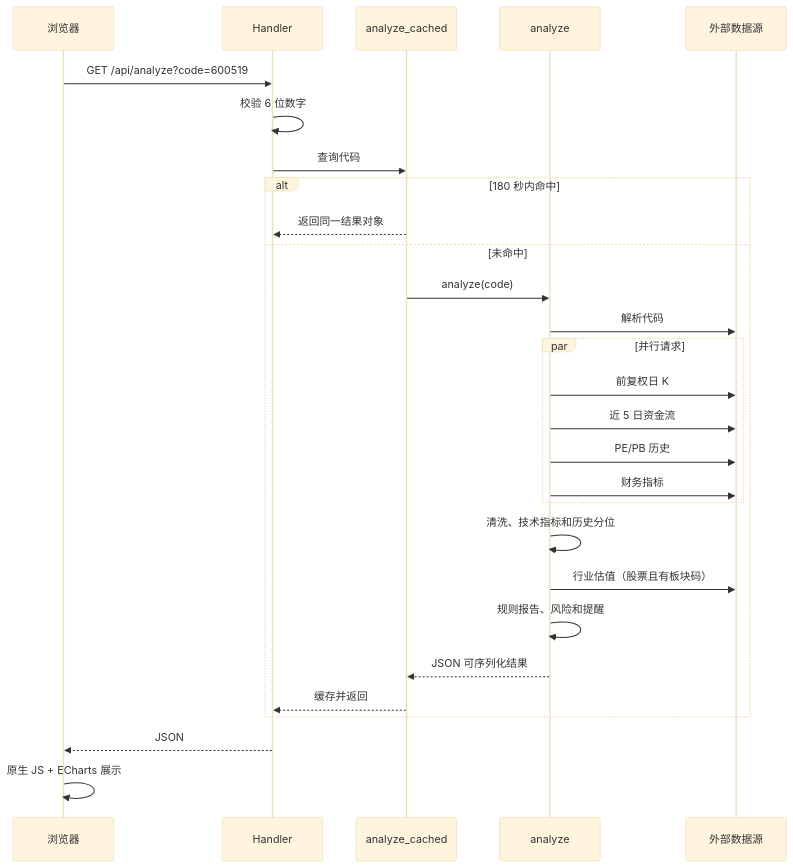
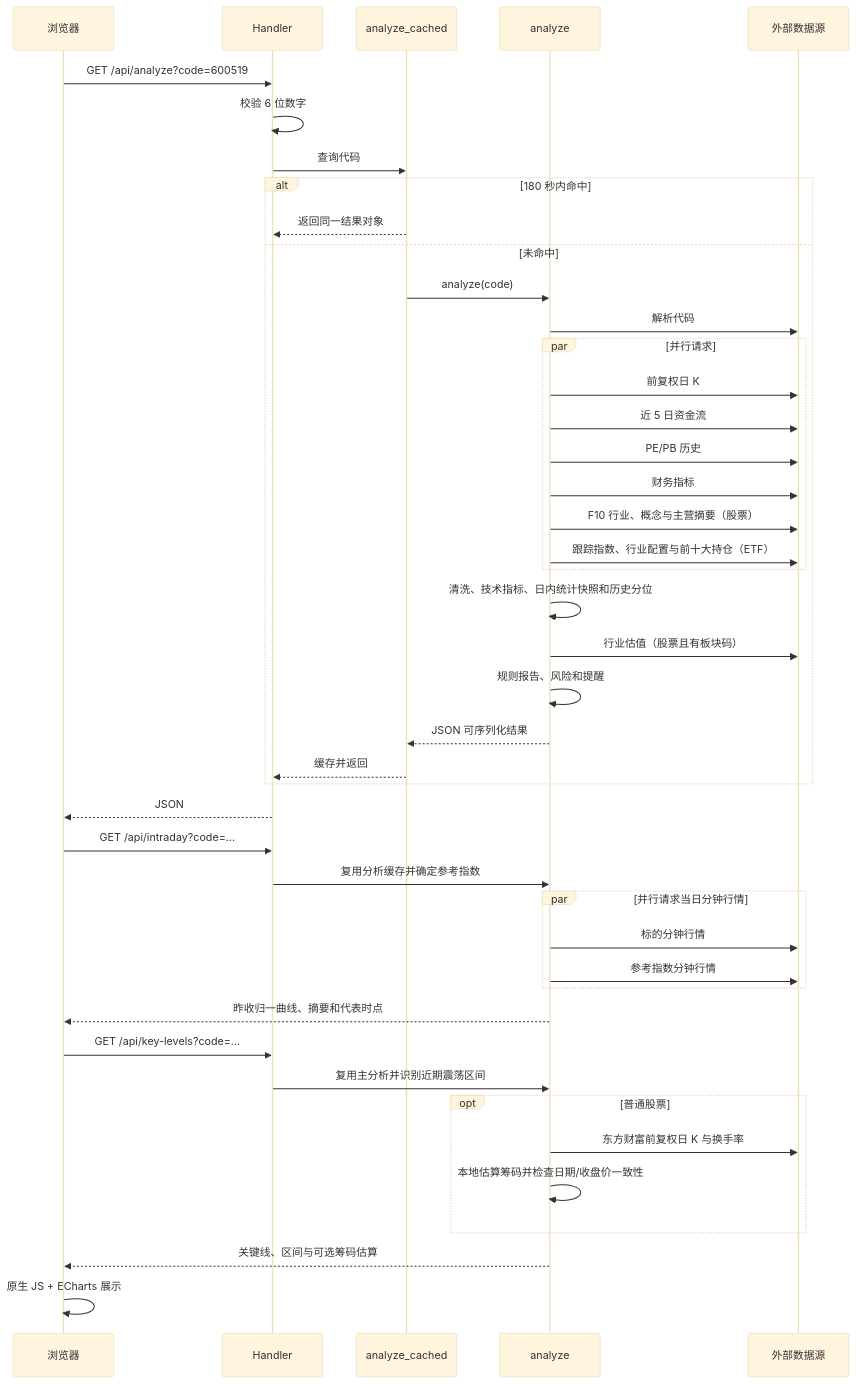
Before and after one commit to pierson1936-crypto/valuation-dashboard: the second of 2 diagrams in docs/ARCHITECTURE.md, drawn with Mermaid (base theme). The commit also changed other lines of this file and 25 other files, not shown here.

````diff
--- a/docs/ARCHITECTURE.md
+++ b/docs/ARCHITECTURE.md
@@ -58,31 +65,47 @@
 ```mermaid
 sequenceDiagram
     participant User as 浏览器
     participant API as Handler
     participant Cache as analyze_cached
     participant Core as analyze
     participant Source as 外部数据源
 
     User->>API: GET /api/analyze?code=600519
     API->>API: 校验 6 位数字
     API->>Cache: 查询代码
     alt 180 秒内命中
         Cache-->>API: 返回同一结果对象
     else 未命中
         Cache->>Core: analyze(code)
         Core->>Source: 解析代码
         par 并行请求
             Core->>Source: 前复权日 K
             Core->>Source: 近 5 日资金流
             Core->>Source: PE/PB 历史
             Core->>Source: 财务指标
+            Core->>Source: F10 行业、概念与主营摘要（股票）
+            Core->>Source: 跟踪指数、行业配置与前十大持仓（ETF）
         end
-        Core->>Core: 清洗、技术指标和历史分位
+        Core->>Core: 清洗、技术指标、日内统计快照和历史分位
         Core->>Source: 行业估值（股票且有板块码）
         Core->>Core: 规则报告、风险和提醒
         Core-->>Cache: JSON 可序列化结果
         Cache-->>API: 缓存并返回
     end
     API-->>User: JSON
+    User->>API: GET /api/intraday?code=...
+    API->>Core: 复用分析缓存并确定参考指数
+    par 并行请求当日分钟行情
+        Core->>Source: 标的分钟行情
+        Core->>Source: 参考指数分钟行情
+    end
+    Core-->>User: 昨收归一曲线、摘要和代表时点
+    User->>API: GET /api/key-levels?code=...
+    API->>Core: 复用主分析并识别近期震荡区间
+    opt 普通股票
+        Core->>Source: 东方财富前复权日 K 与换手率
+        Core->>Core: 本地估算筹码并检查日期/收盘价一致性
+    end
+    Core-->>User: 关键线、区间与可选筹码估算
     User->>User: 原生 JS + ECharts 展示
 ```
````
